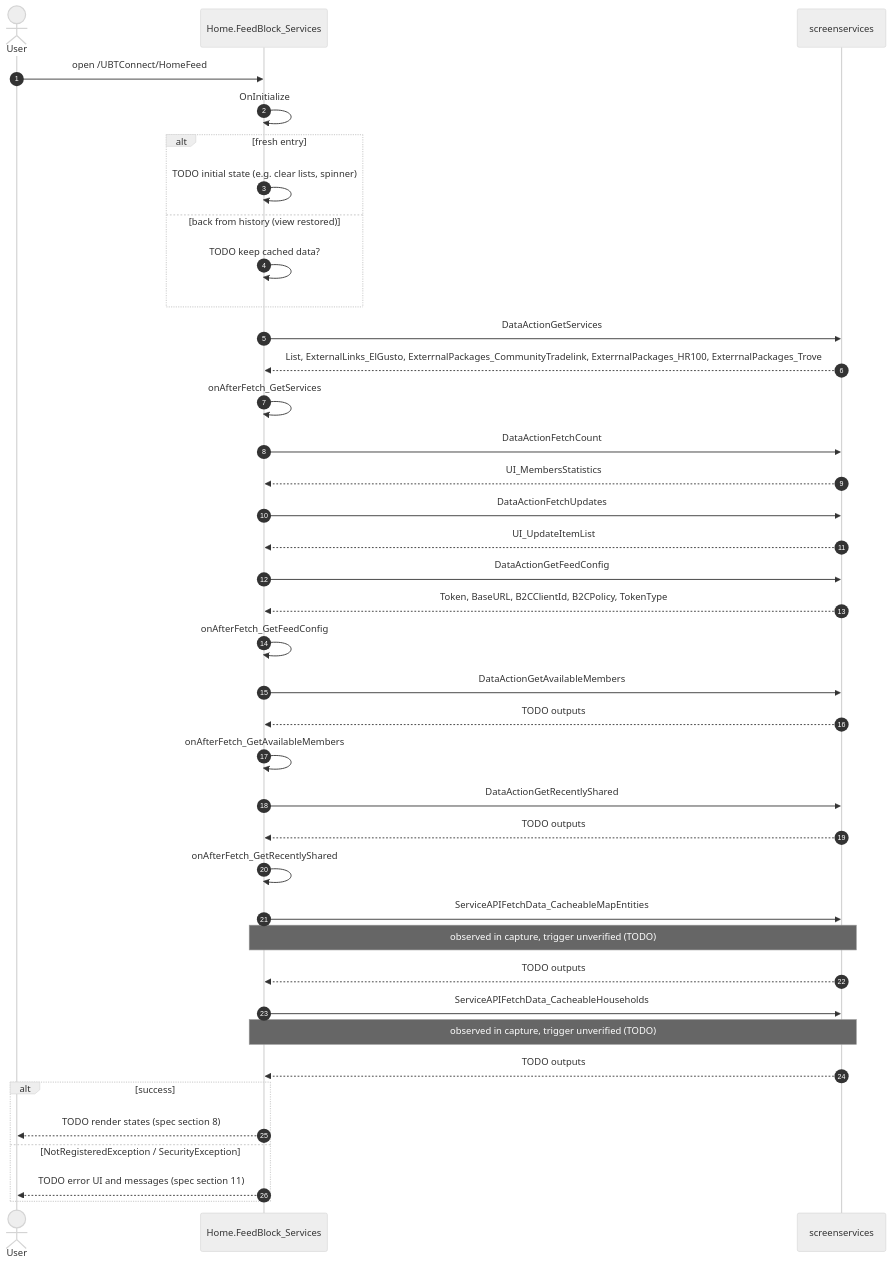
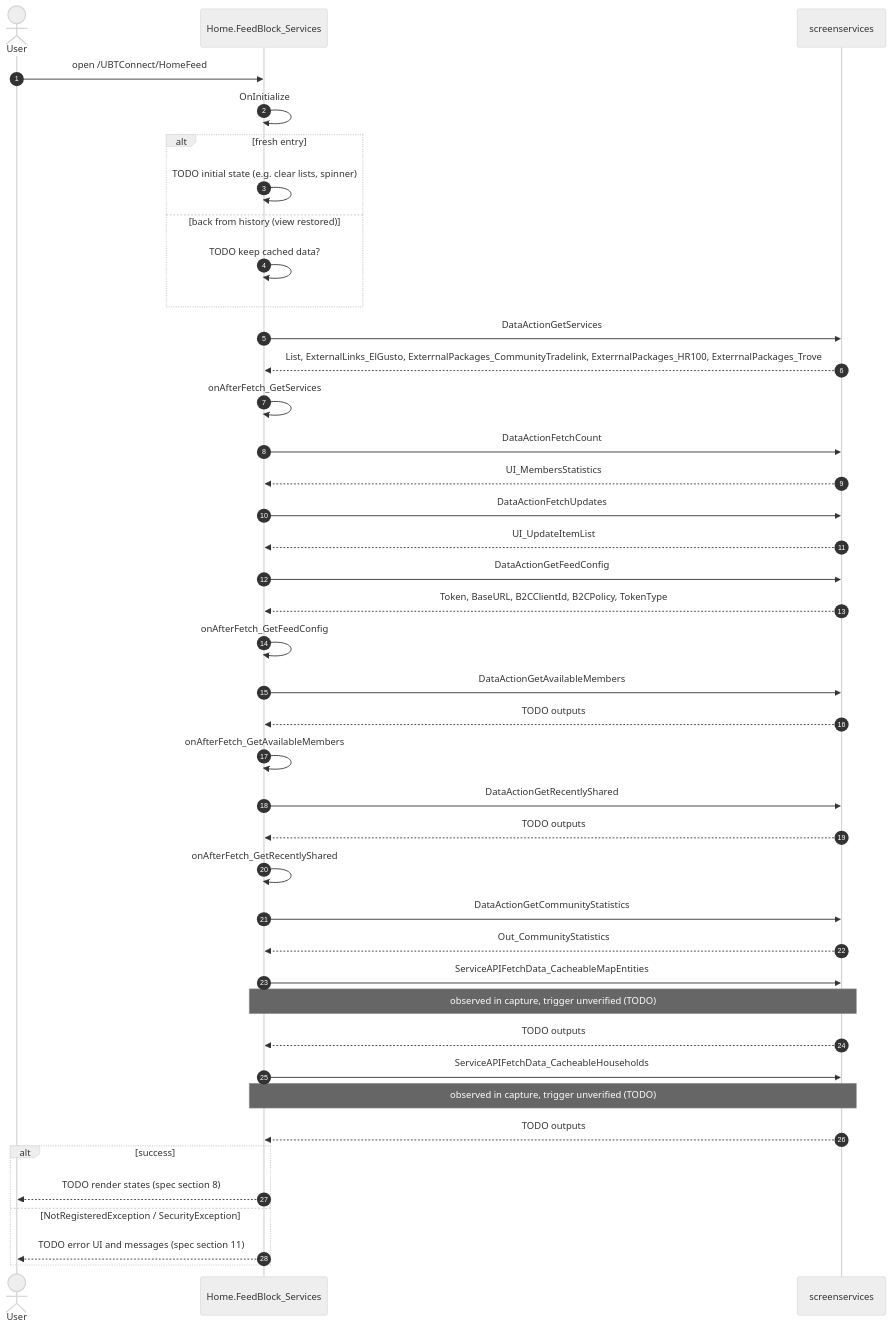
One commit to Phoenix-DX/connect-new-ui changed the second of 7 diagrams in migration/screens/HomeFeed/analysis/diagrams.md. Above: the diagram before and after it, drawn with Mermaid (neutral theme). The commit also changed other lines of this file and 2084 other files, not shown here.

````diff
--- a/migration/screens/HomeFeed/analysis/diagrams.md
+++ b/migration/screens/HomeFeed/analysis/diagrams.md
@@ -98,42 +100,44 @@
 ```mermaid
 %% DRAFT generated by analyze_capture.py. Fill every TODO from the handlers in sources/pretty.
 sequenceDiagram
   autonumber
   actor U as User
   participant S as Home.FeedBlock_Services
   participant API as screenservices
   U->>S: open /UBTConnect/HomeFeed
   S->>S: OnInitialize
   alt fresh entry
     S->>S: TODO initial state (e.g. clear lists, spinner)
   else back from history (view restored)
     S->>S: TODO keep cached data?
   end
   S->>API: DataActionGetServices
   API-->>S: List, ExternalLinks_ElGusto, ExterrnalPackages_CommunityTradelink, ExterrnalPackages_HR100, ExterrnalPackages_Trove
   S->>S: onAfterFetch_GetServices
   S->>API: DataActionFetchCount
   API-->>S: UI_MembersStatistics
   S->>API: DataActionFetchUpdates
   API-->>S: UI_UpdateItemList
   S->>API: DataActionGetFeedConfig
   API-->>S: Token, BaseURL, B2CClientId, B2CPolicy, TokenType
   S->>S: onAfterFetch_GetFeedConfig
   S->>API: DataActionGetAvailableMembers
   API-->>S: TODO outputs
   S->>S: onAfterFetch_GetAvailableMembers
   S->>API: DataActionGetRecentlyShared
   API-->>S: TODO outputs
   S->>S: onAfterFetch_GetRecentlyShared
+  S->>API: DataActionGetCommunityStatistics
+  API-->>S: Out_CommunityStatistics
   S->>API: ServiceAPIFetchData_CacheableMapEntities
   Note over S,API: observed in capture, trigger unverified (TODO)
   API-->>S: TODO outputs
   S->>API: ServiceAPIFetchData_CacheableHouseholds
   Note over S,API: observed in capture, trigger unverified (TODO)
   API-->>S: TODO outputs
   alt success
     S-->>U: TODO render states (spec section 8)
   else NotRegisteredException / SecurityException
     S-->>U: TODO error UI and messages (spec section 11)
   end
 ```
````
